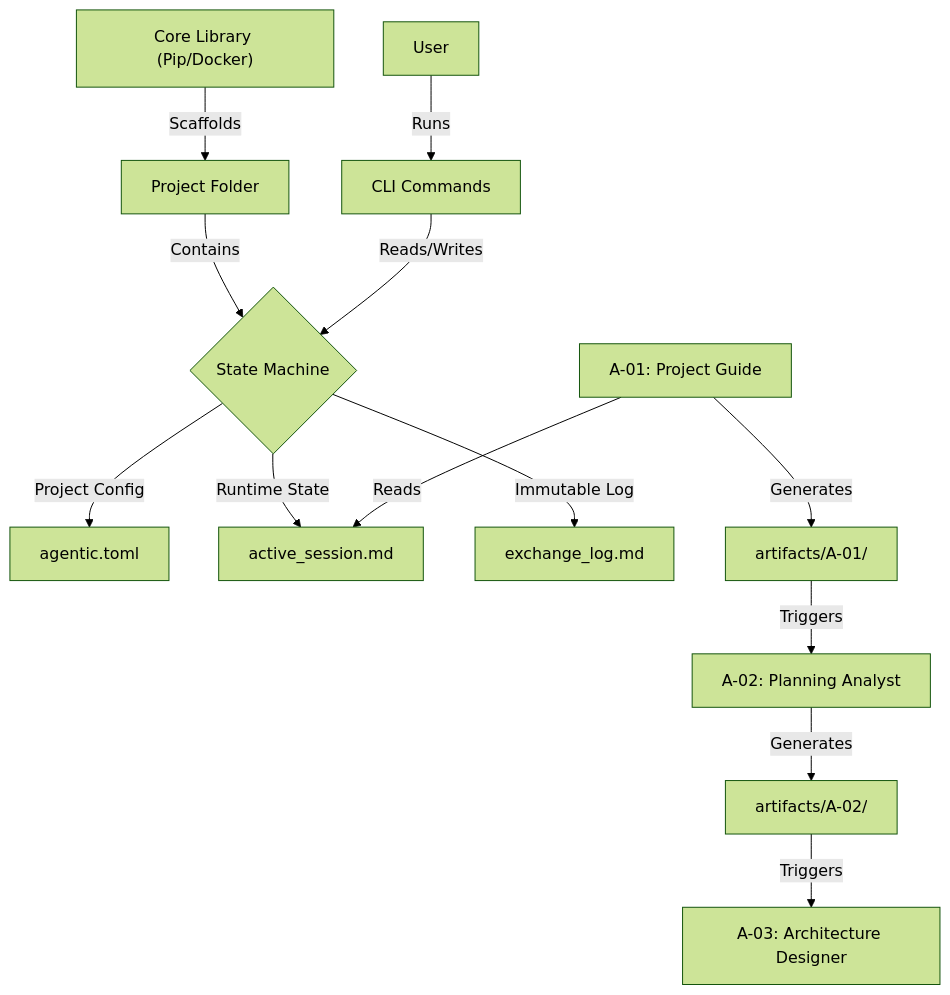
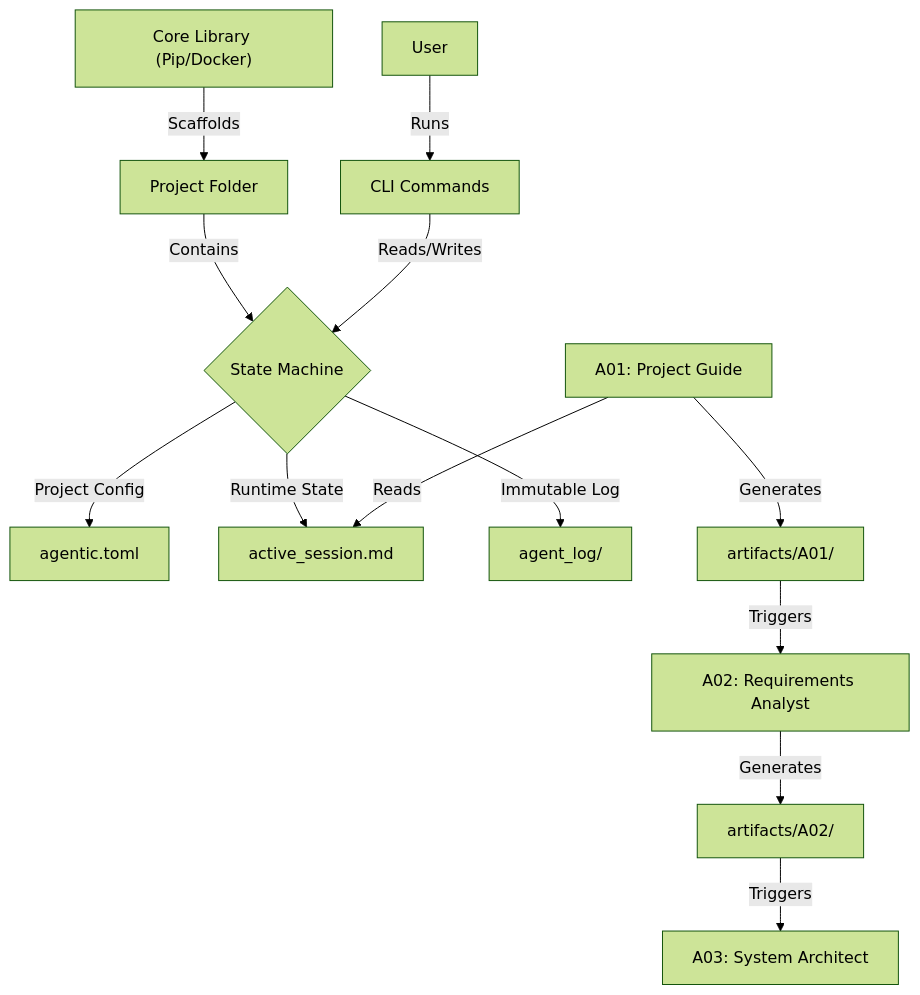
Before and after one commit to sujith-eag/agentic-workstation: the diagram in README.md, drawn with Mermaid (forest theme). The commit also changed other lines of this file and 13 other files, not shown here.

````diff
--- a/README.md
+++ b/README.md
@@ -30,17 +58,17 @@
 ```mermaid
 graph TD
     A["Core Library (Pip/Docker)"] -->|"Scaffolds"| B["Project Folder"]
     B -->|"Contains"| C{"State Machine"}
     C -->|"Project Config"| D["agentic.toml"]
     C -->|"Runtime State"| E["active_session.md"]
-    C -->|"Immutable Log"| F["exchange_log.md"]
+    C -->|"Immutable Log"| F["agent_log/"]
     
     G["User"] -->|"Runs"| H["CLI Commands"]
     H -->|"Reads/Writes"| C
     
-    I["A-01: Project Guide"] -->|"Reads"| E
-    I -->|"Generates"| J["artifacts/A-01/"]
-    J -->|"Triggers"| K["A-02: Planning Analyst"]
-    K -->|"Generates"| L["artifacts/A-02/"]
-    L -->|"Triggers"| M["A-03: Architecture Designer"]
+    I["A01: Project Guide"] -->|"Reads"| E
+    I -->|"Generates"| J["artifacts/A01/"]
+    J -->|"Triggers"| K["A02: Requirements Analyst"]
+    K -->|"Generates"| L["artifacts/A02/"]
+    L -->|"Triggers"| M["A03: System Architect"]
 ```
````
